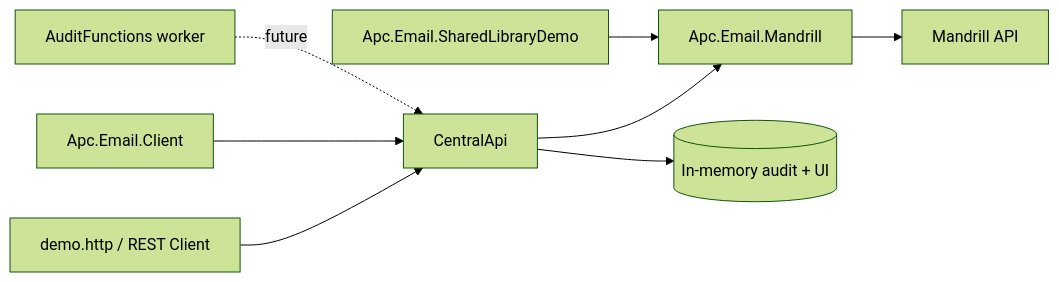
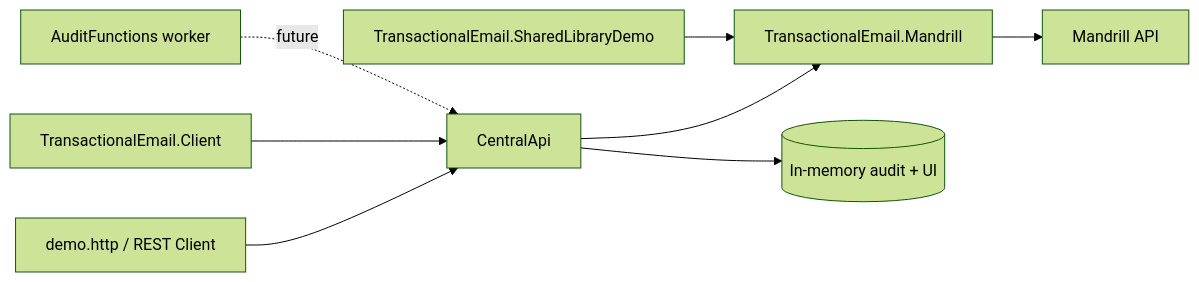
The diagram in docs/BUILD-TUTORIAL.md (preethamkh/transactional-email), drawn with Mermaid (forest theme) before and after one commit. The commit also changed other lines of this file and 29 other files, not shown here.

Commit message:
chore: rename Apc.Email* projects to vendor-agnostic TransactionalEmail* branding

````diff
--- a/docs/BUILD-TUTORIAL.md
+++ b/docs/BUILD-TUTORIAL.md
@@ -114,10 +114,10 @@
 ```mermaid
 flowchart LR
     HTTP[demo.http / REST Client] --> API[CentralApi]
-    Client[Apc.Email.Client] --> API
-    API --> Mandrill[Apc.Email.Mandrill]
-    Console[Apc.Email.SharedLibraryDemo] --> Mandrill
+    Client[TransactionalEmail.Client] --> API
+    API --> Mandrill[TransactionalEmail.Mandrill]
+    Console[TransactionalEmail.SharedLibraryDemo] --> Mandrill
     Mandrill --> Provider[Mandrill API]
     API --> Audit[(In-memory audit + UI)]
     Func[AuditFunctions worker] -. future .-> API
 ```
````
